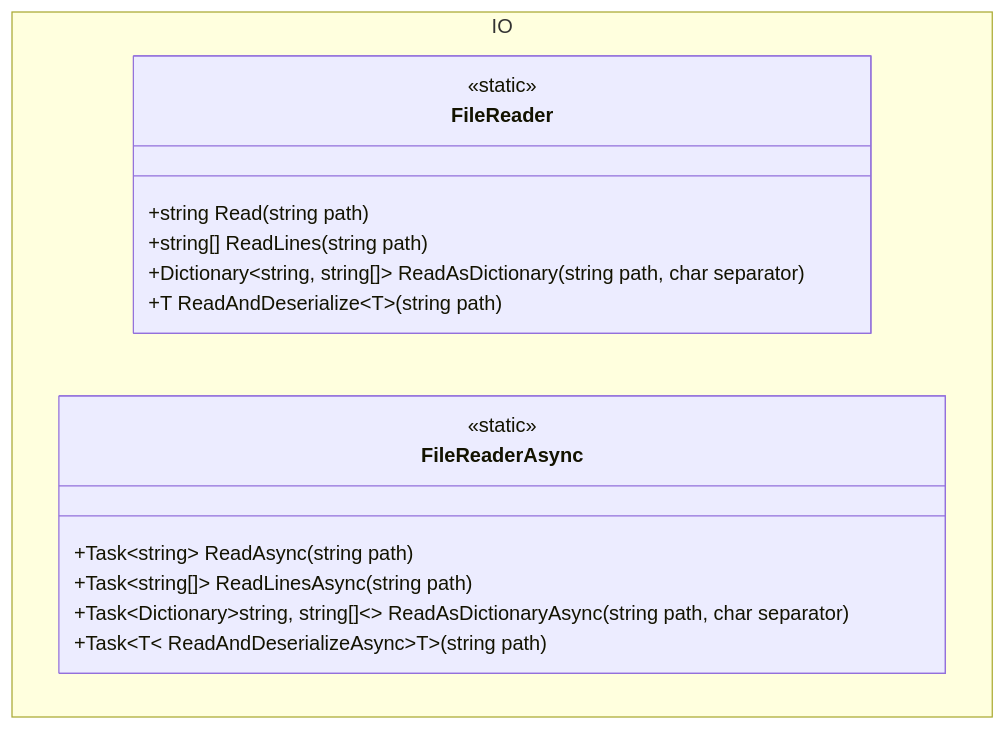
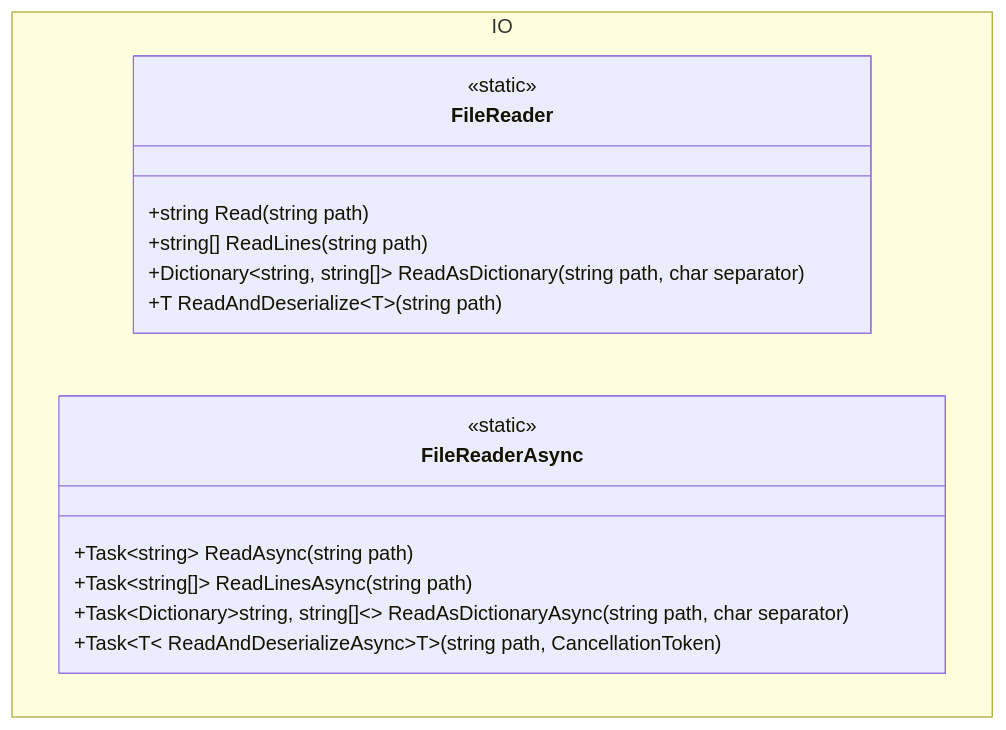
Before and after one commit to artur-rios/dotnet-util: the diagram in docs/content/en/docs/io.md, drawn with Mermaid. The commit also changed other lines of this file and 46 other files, not shown here.

````diff
--- a/docs/content/en/docs/io.md
+++ b/docs/content/en/docs/io.md
@@ -15,19 +16,19 @@
 ```mermaid
 classDiagram
     namespace IO {
         class FileReader {
             <<static>>
             +string Read(string path)
             +string[] ReadLines(string path)
             +Dictionary~string, string[]~ ReadAsDictionary(string path, char separator)
             +T ReadAndDeserialize~T~(string path)
         }
         class FileReaderAsync {
             <<static>>
             +Task~string~ ReadAsync(string path)
             +Task~string[]~ ReadLinesAsync(string path)
             +Task~Dictionary~string, string[]~~ ReadAsDictionaryAsync(string path, char separator)
-            +Task~T~ ReadAndDeserializeAsync~T~(string path)
+            +Task~T~ ReadAndDeserializeAsync~T~(string path, CancellationToken)
         }
     }
 ```
````
